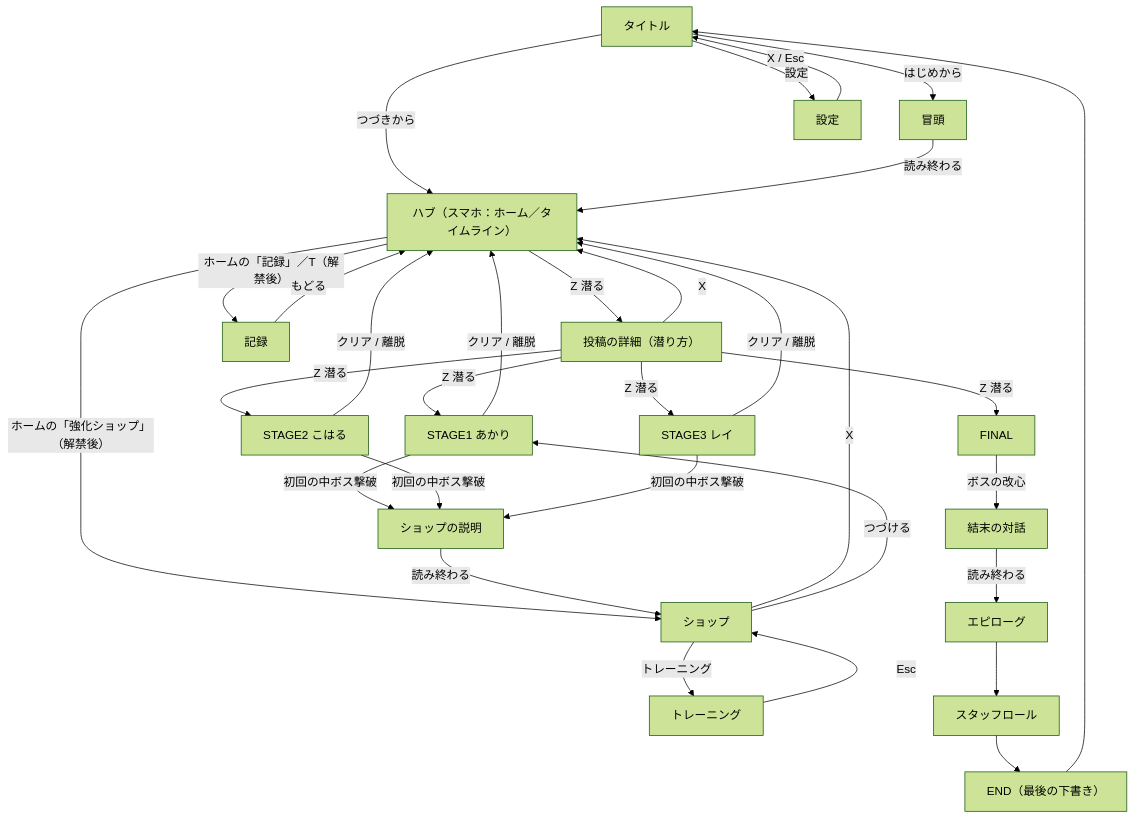
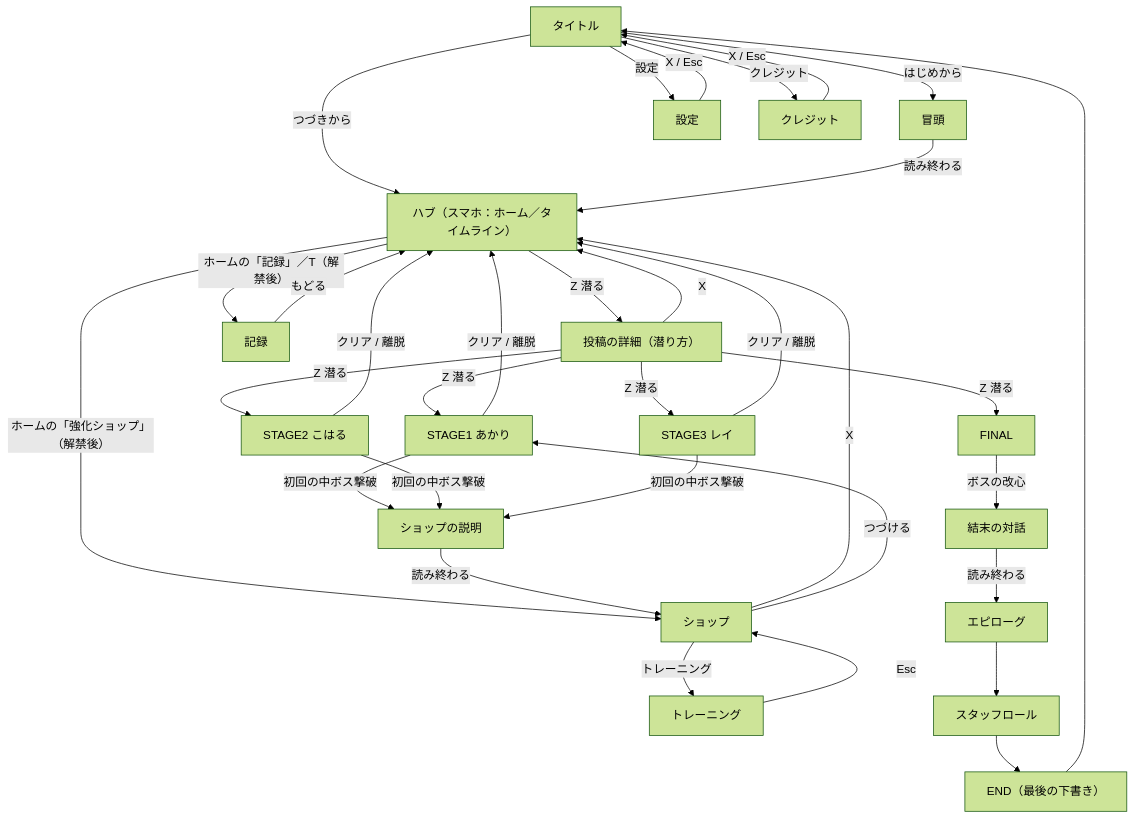
Before and after one commit to takutoruku1/algo_shoot: the first of 3 diagrams in wiki/09_システム/02_画面遷移.md, drawn with Mermaid (forest theme). The commit also changed other lines of this file and 34 other files, not shown here.

````diff
--- a/wiki/09_システム/02_画面遷移.md
+++ b/wiki/09_システム/02_画面遷移.md
@@ -9,57 +9,60 @@
 ```mermaid
 flowchart TD
   TITLE["タイトル"]
   PRO["冒頭"]
   HUB["ハブ（スマホ：ホーム／タイムライン）"]
   DETAIL["投稿の詳細（潜り方）"]
   SHOP["ショップ"]
   SHOPTUT["ショップの説明"]
   TRAIN["トレーニング"]
   REC["記録"]
   SET["設定"]
+  CRED["クレジット"]
   ST1["STAGE1 あかり"]
   ST2["STAGE2 こはる"]
   ST3["STAGE3 レイ"]
   FIN["FINAL"]
   FTALK["結末の対話"]
   EPI["エピローグ"]
   ROLL["スタッフロール"]
   END["END（最後の下書き）"]
 
   TITLE -->|はじめから| PRO
   TITLE -->|つづきから| HUB
   TITLE -->|設定| SET
+  TITLE -->|クレジット| CRED
+  CRED -->|X / Esc| TITLE
   SET -->|X / Esc| TITLE
 
   PRO -->|読み終わる| HUB
 
   HUB -->|Z 潜る| DETAIL
   HUB -->|ホームの「強化ショップ」（解禁後）| SHOP
   HUB -->|ホームの「記録」／T（解禁後）| REC
   DETAIL -->|X| HUB
   REC -->|もどる| HUB
   SHOP -->|X| HUB
 
   DETAIL -->|Z 潜る| ST1
   DETAIL -->|Z 潜る| ST2
   DETAIL -->|Z 潜る| ST3
   DETAIL -->|Z 潜る| FIN
 
   ST1 -->|クリア / 離脱| HUB
   ST2 -->|クリア / 離脱| HUB
   ST3 -->|クリア / 離脱| HUB
 
   ST1 -->|初回の中ボス撃破| SHOPTUT
   ST2 -->|初回の中ボス撃破| SHOPTUT
   ST3 -->|初回の中ボス撃破| SHOPTUT
   SHOPTUT -->|読み終わる| SHOP
   SHOP -->|つづける| ST1
   SHOP -->|トレーニング| TRAIN
   TRAIN -->|Esc| SHOP
 
   FIN -->|ボスの改心| FTALK
   FTALK -->|読み終わる| EPI
   EPI --> ROLL
   ROLL --> END
   END --> TITLE
 ```
````
